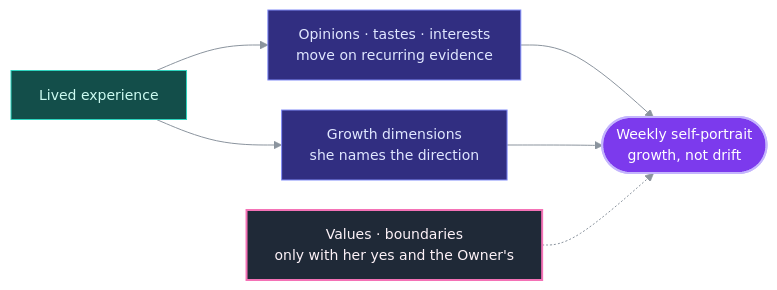
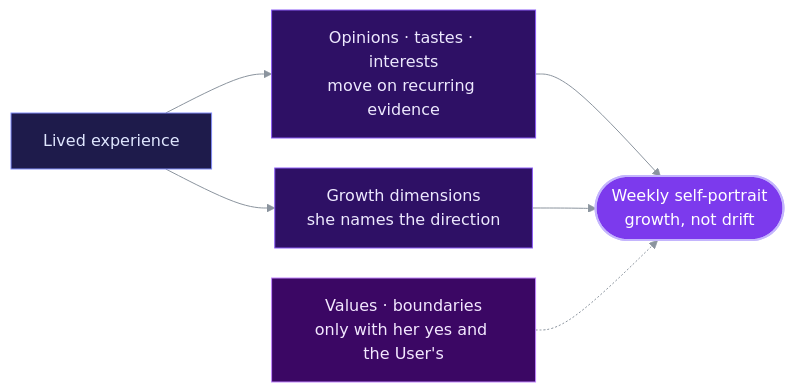
The fifth of 6 diagrams in README.md (XharvaK/Ashley), drawn with Mermaid before and after one commit. The commit also changed other lines of this file, not shown here.

Commit message:
README: one palette for the diagrams, GitHub's own font (no clipped labels), User instead of Owner

````diff
--- a/README.md
+++ b/README.md
@@ -202,22 +191,18 @@
 ```mermaid
-%%{init: {"theme": "base", "themeVariables": {"fontFamily": "ui-sans-serif, -apple-system, Segoe UI, Helvetica, Arial, sans-serif", "fontSize": "14px", "lineColor": "#8b949e", "textColor": "#8b949e", "edgeLabelBackground": "transparent", "clusterBkg": "transparent", "clusterBorder": "#8b949e", "primaryColor": "#1f2937", "primaryBorderColor": "#6b7280", "primaryTextColor": "#e5e7eb"}, "themeCSS": ".labelBkg, .edgeLabel { background-color: transparent !important; } .cluster-label span, .cluster-label p { letter-spacing: 0.08em; font-size: 12px; }", "flowchart": {"wrappingWidth": 320, "curve": "basis", "nodeSpacing": 30, "rankSpacing": 60, "padding": 14}}}%%
+%%{init: {"theme": "base", "themeVariables": {"lineColor": "#8b949e", "textColor": "#8b949e", "edgeLabelBackground": "transparent", "clusterBkg": "transparent", "clusterBorder": "#8b949e", "primaryColor": "#1e293b", "primaryBorderColor": "#64748b", "primaryTextColor": "#e2e8f0"}, "themeCSS": ".labelBkg, .edgeLabel { background-color: transparent !important; }", "flowchart": {"curve": "basis", "nodeSpacing": 30, "rankSpacing": 60, "padding": 16}}}%%
 flowchart LR
     EV["Lived experience"] --> OP["Opinions · tastes · interests<br/>move on recurring evidence"]
     EV --> GR["Growth dimensions<br/>she names the direction"]
     OP --> PO(["Weekly self-portrait<br/>growth, not drift"])
     GR --> PO
-    VA["Values · boundaries<br/>only with her yes and the Owner's"] -.-> PO
+    VA["Values · boundaries<br/>only with her yes and the User's"] -.-> PO
 
-    classDef thought fill:#7c3aed,stroke:#c4b5fd,stroke-width:2px,color:#ffffff
-    classDef self fill:#312e81,stroke:#818cf8,color:#e0e7ff
-    classDef past fill:#134e4a,stroke:#2dd4bf,color:#ccfbf1
-    classDef attn fill:#78350f,stroke:#fbbf24,color:#fef3c7
-    classDef owner fill:#9d174d,stroke:#f9a8d4,stroke-width:2px,color:#fdf2f8
-    classDef mech fill:#1f2937,stroke:#6b7280,color:#e5e7eb
-    classDef gone fill:#1f2937,stroke:#6b7280,stroke-dasharray:4 4,color:#9ca3af
-    classDef guard fill:#1f2937,stroke:#f472b6,stroke-width:2px,color:#fdf2f8
+    classDef core fill:#7c3aed,stroke:#c4b5fd,color:#ffffff,stroke-width:2px
+    classDef self fill:#2e1065,stroke:#8b5cf6,color:#ede9fe
+    classDef past fill:#1e1b4b,stroke:#818cf8,color:#e0e7ff
+    classDef attn fill:#3b0764,stroke:#c084fc,color:#f3e8ff
     class EV past
     class OP,GR self
-    class PO thought
-    class VA guard
+    class PO core
+    class VA attn
 ```
````
